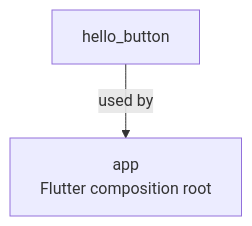
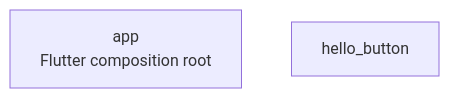
Before and after one commit to gradus-fit/gradus: the diagram in docs/client.mmd, drawn with Mermaid. The commit also changed 6 other files, not shown here.

```diff
--- a/docs/client.mmd
+++ b/docs/client.mmd
@@ -1,4 +1,3 @@
 flowchart TB
     app["app<br/>Flutter composition root"]
     hello_button["hello_button"]
-    hello_button -->|used by| app
```
